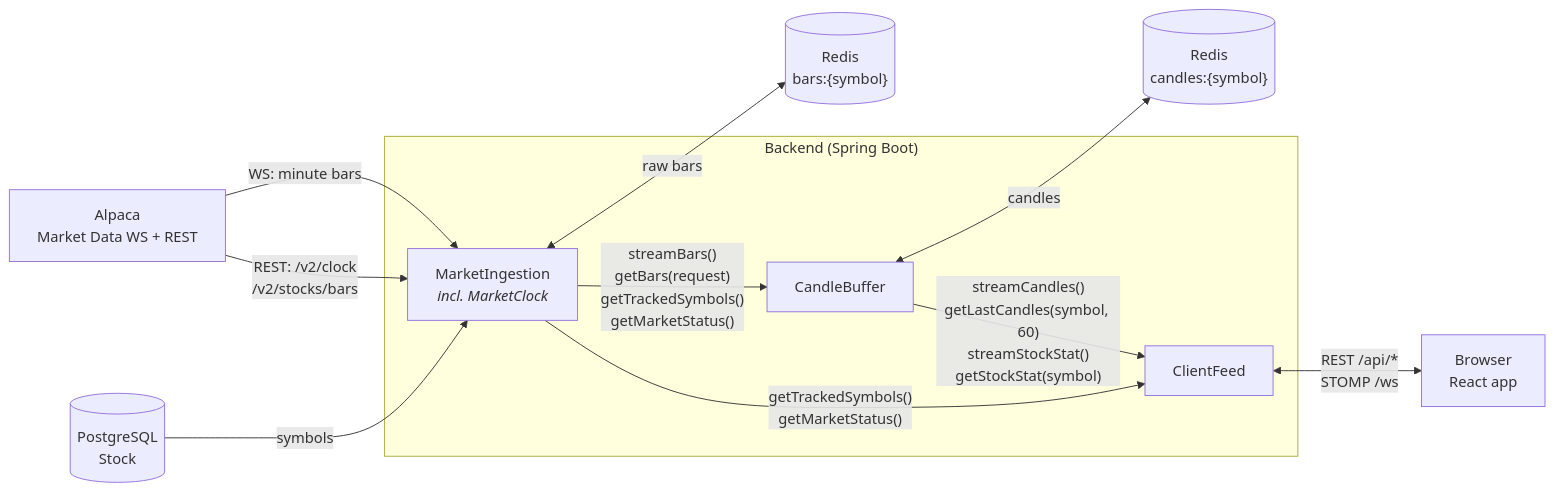
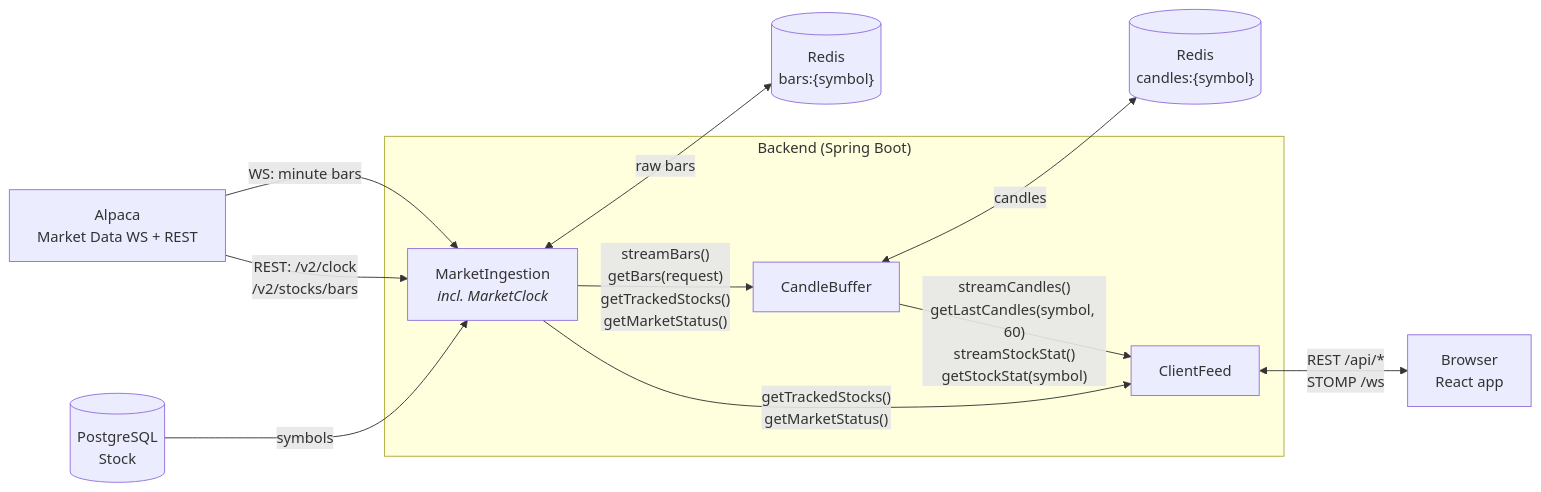
The first of 2 diagrams in docs/modular-architecture.md (Gugau21/OMAN_finance), drawn with Mermaid before and after one commit. The commit also changed other lines of this file and 5 other files, not shown here.

First line of the commit message:
[#17] Replace getTrackedSymbols() with getTrackedStocks()

````diff
--- a/docs/modular-architecture.md
+++ b/docs/modular-architecture.md
@@ -7,25 +7,25 @@
 ```mermaid
 flowchart LR
     alpaca["Alpaca<br/>Market Data WS + REST"]
     browser["Browser<br/>React app"]
     pg[("PostgreSQL<br/>Stock")]
     redisBars[("Redis<br/>bars:{symbol}")]
     redisCandles[("Redis<br/>candles:{symbol}")]
 
     subgraph backend["Backend (Spring Boot)"]
         ingestion["MarketIngestion<br/><i>incl. MarketClock</i>"]
         buffer["CandleBuffer"]
         feed["ClientFeed"]
     end
 
     alpaca -->|"WS: minute bars"| ingestion
     alpaca -->|"REST: /v2/clock<br/>/v2/stocks/bars"| ingestion
     pg -->|"symbols"| ingestion
     ingestion <-->|"raw bars"| redisBars
 
-    ingestion -->|"streamBars()<br/>getBars(request)<br/>getTrackedSymbols()<br/>getMarketStatus()"| buffer
+    ingestion -->|"streamBars()<br/>getBars(request)<br/>getTrackedStocks()<br/>getMarketStatus()"| buffer
     buffer <-->|"candles"| redisCandles
     buffer -->|"streamCandles()<br/>getLastCandles(symbol, 60)<br/>streamStockStat()<br/>getStockStat(symbol)"| feed
-    ingestion -->|"getTrackedSymbols()<br/>getMarketStatus()"| feed
+    ingestion -->|"getTrackedStocks()<br/>getMarketStatus()"| feed
     feed <-->|"REST /api/*<br/>STOMP /ws"| browser
 ```
````
